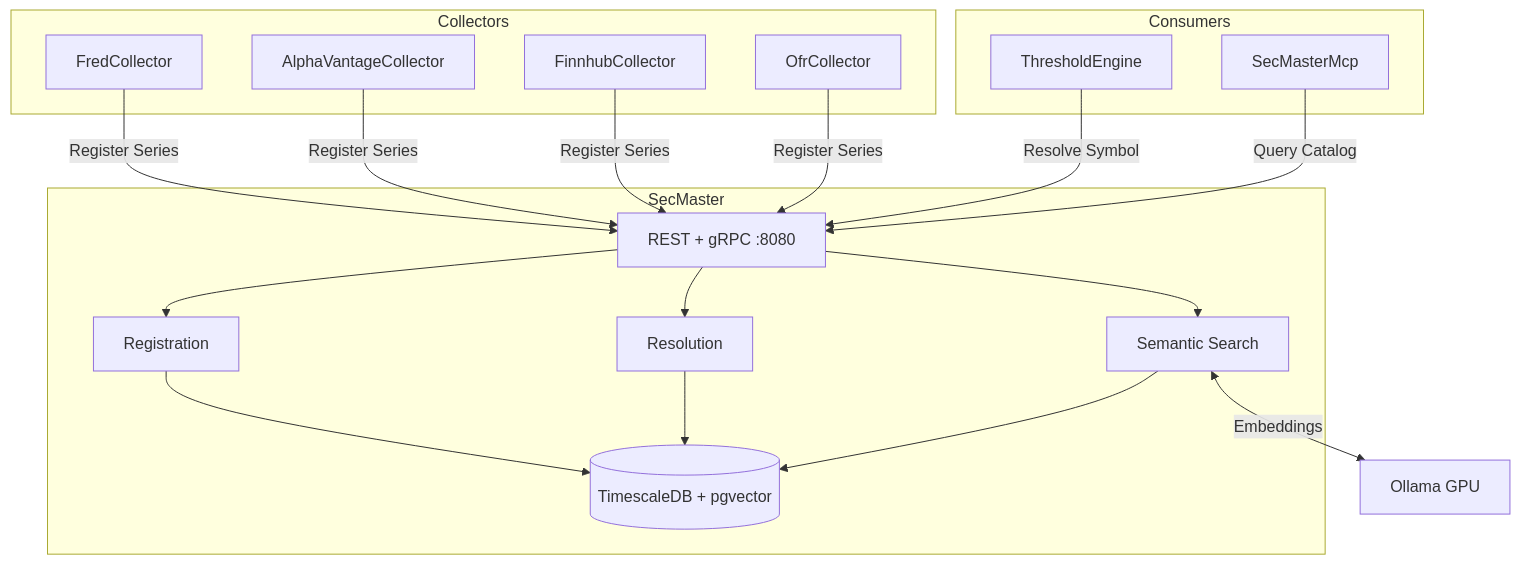
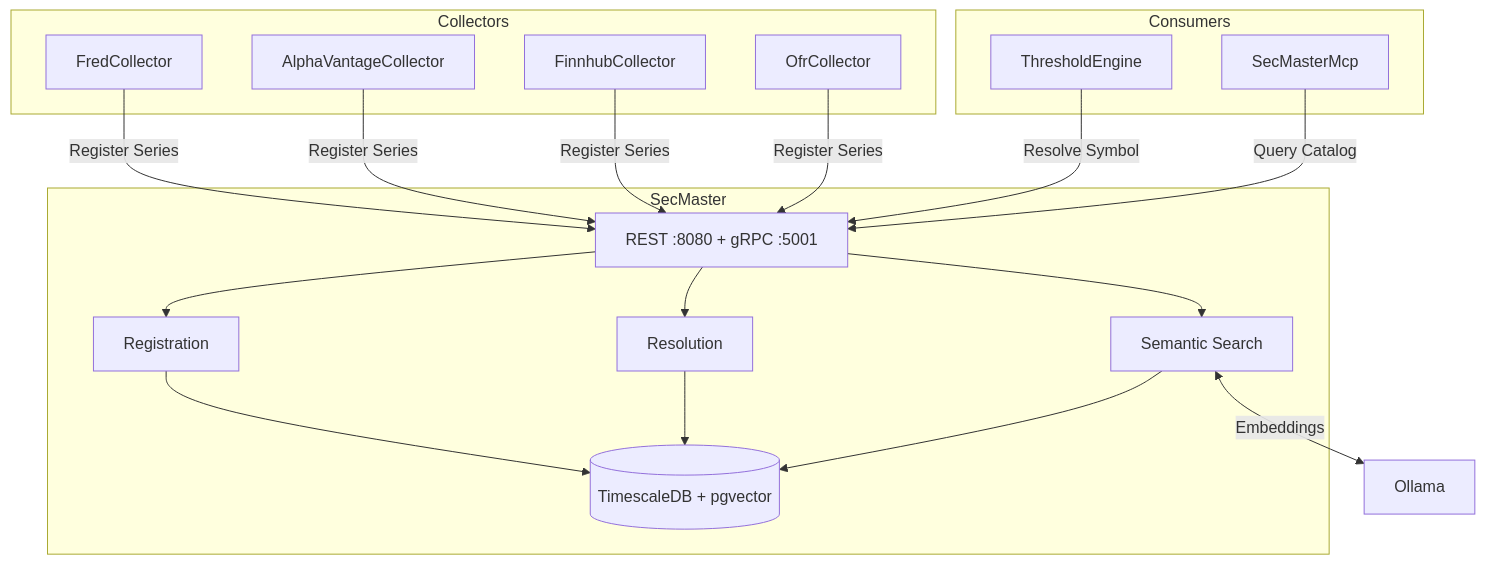
The diagram in SecMaster/README.md (jpansarasa/ATLAS-Docs), drawn with Mermaid before and after one commit. The commit also changed other lines of this file and 17 other files, not shown here.

````diff
--- a/SecMaster/README.md
+++ b/SecMaster/README.md
@@ -11,29 +11,29 @@
 ```mermaid
 flowchart TD
     subgraph Collectors
         FC[FredCollector]
         AV[AlphaVantageCollector]
         FH[FinnhubCollector]
         OFR[OfrCollector]
     end
 
     subgraph SecMaster
-        API[REST + gRPC :8080]
+        API[REST :8080 + gRPC :5001]
         REG[Registration]
         RES[Resolution]
         SEM[Semantic Search]
         DB[(TimescaleDB + pgvector)]
     end
 
     subgraph Consumers
         TE[ThresholdEngine]
         MCP[SecMasterMcp]
     end
 
     FC & AV & FH & OFR -->|Register Series| API
     API --> REG --> DB
     TE -->|Resolve Symbol| API
     MCP -->|Query Catalog| API
     API --> RES & SEM --> DB
-    SEM <-->|Embeddings| OLLAMA[Ollama GPU]
+    SEM <-->|Embeddings| OLLAMA[Ollama]
 ```
````
